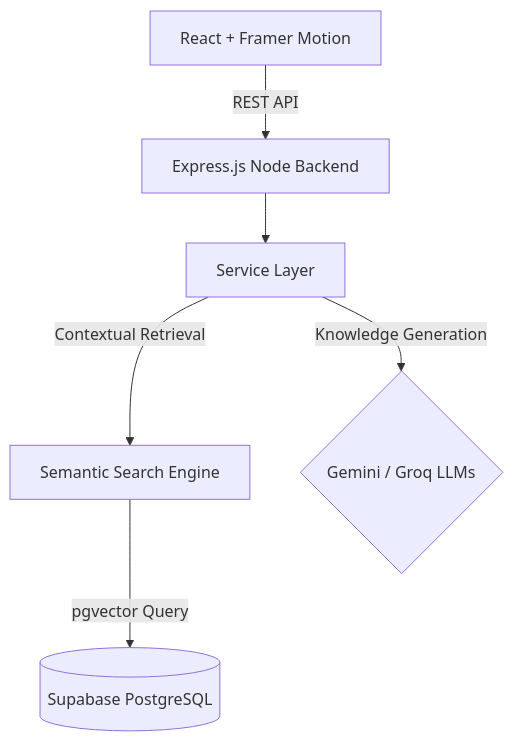
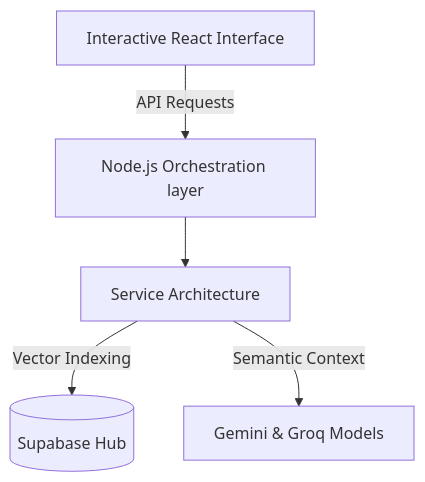
The diagram in README.md (AyushCoder9/PromptPrep), drawn with Mermaid before and after one commit. The commit also changed other lines of this file and 1 other file, not shown here.

````diff
--- a/README.md
+++ b/README.md
@@ -32,15 +32,13 @@
 ```mermaid
 graph TD
-    Client[React + Framer Motion]
-    API[Express.js Node Backend]
-    Service[Service Layer]
-    Vector[Semantic Search Engine]
-    DB[(Supabase PostgreSQL)]
-    LLM{Gemini / Groq LLMs}
+    UI[Interactive React Interface]
+    Core[Node.js Orchestration layer]
+    Logic[Service Architecture]
+    Storage[(Supabase Hub)]
+    Neural[Gemini & Groq Models]
 
-    Client -->|REST API| API
-    API --> Service
-    Service -->|Contextual Retrieval| Vector
-    Service -->|Knowledge Generation| LLM
-    Vector -->|pgvector Query| DB
+    UI -->|API Requests| Core
+    Core --> Logic
+    Logic -->|Vector Indexing| Storage
+    Logic -->|Semantic Context| Neural
 ```
````
